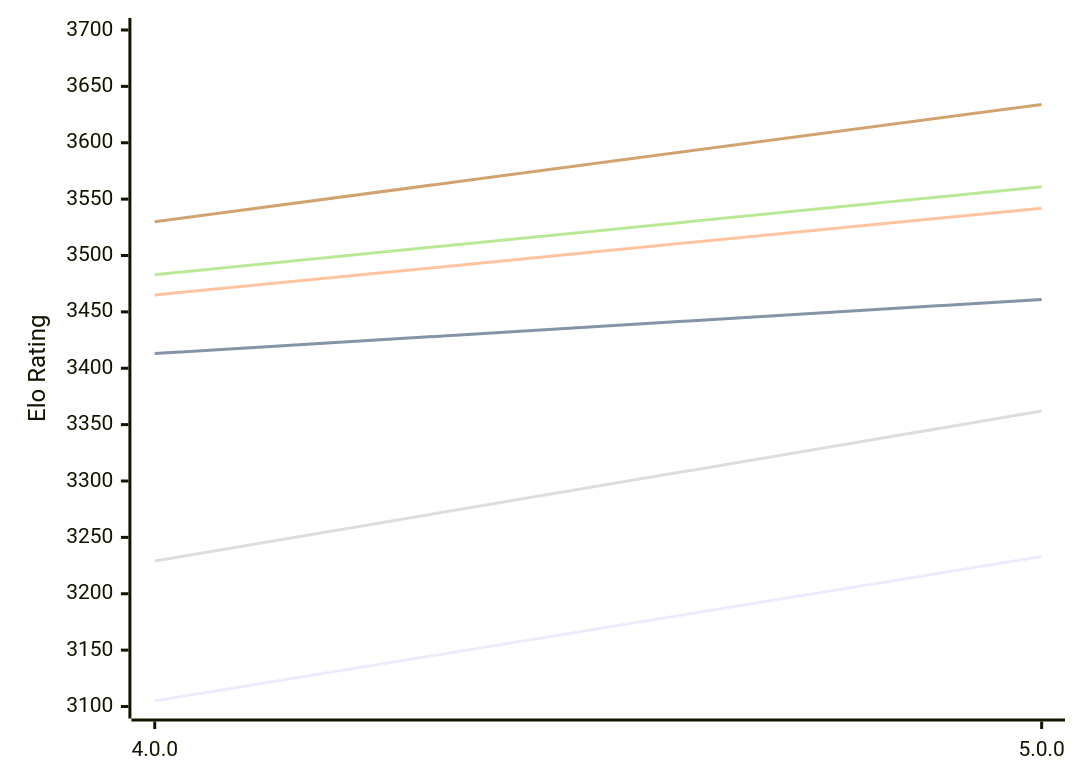
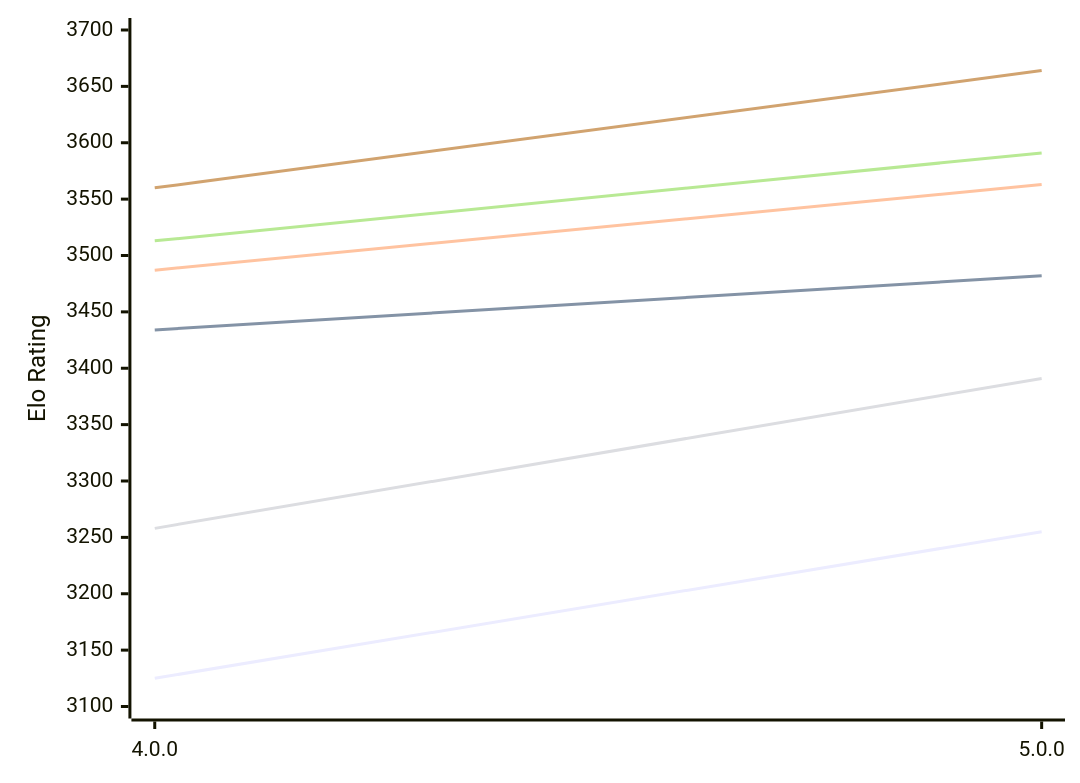
One commit to computer-chess-index/cci changed the first of 2 diagrams in engines/Avalanche.md. Above: the diagram before and after it, drawn with Mermaid. The commit also changed other lines of this file, not shown here.

Commit message:
Update CCI Ratings (ELO VLTC) - 2026-10-20

````diff
--- a/engines/Avalanche.md
+++ b/engines/Avalanche.md
@@ -50,12 +50,12 @@
 ```mermaid
 %%{init: {"theme":"base","themeVariables":{"seriesColors:['#a3a3a3','#222221','#faa371']}}}%%
 xychart-beta
   x-axis ["4.0.0", "5.0.0"]
   y-axis "Elo Rating" 3100 --> 3700
-  line "E1: STC (8.0+0.08s)" [3105, 3233]
-  line "E1: LTC (60.0+0.60s)" [3413, 3461]
-  line "E1: VLTC (2m24s+1.12s)" [3465, 3542]
-  line "P1: STC (8.0+0.08s)" [3229, 3362]
-  line "P1: LTC (60.0+0.60s)" [3483, 3561]
-  line "P1: VLTC (2m24s+1.12s)" [3530, 3634]
+  line "E1: STC (8.0+0.08s)" [3125, 3255]
+  line "E1: LTC (60.0+0.60s)" [3434, 3482]
+  line "E1: VLTC (2m24s+1.12s)" [3487, 3563]
+  line "P1: STC (8.0+0.08s)" [3258, 3391]
+  line "P1: LTC (60.0+0.60s)" [3513, 3591]
+  line "P1: VLTC (2m24s+1.12s)" [3560, 3664]
 ```
````
